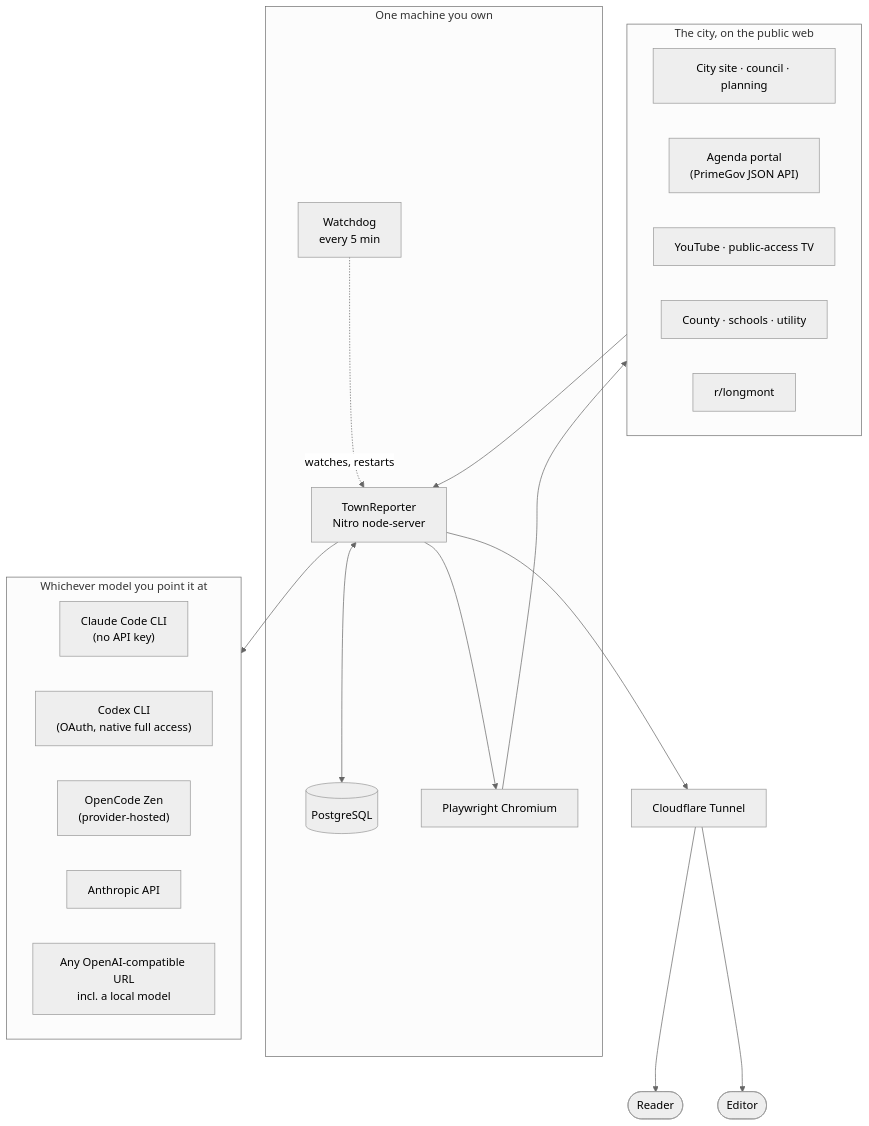
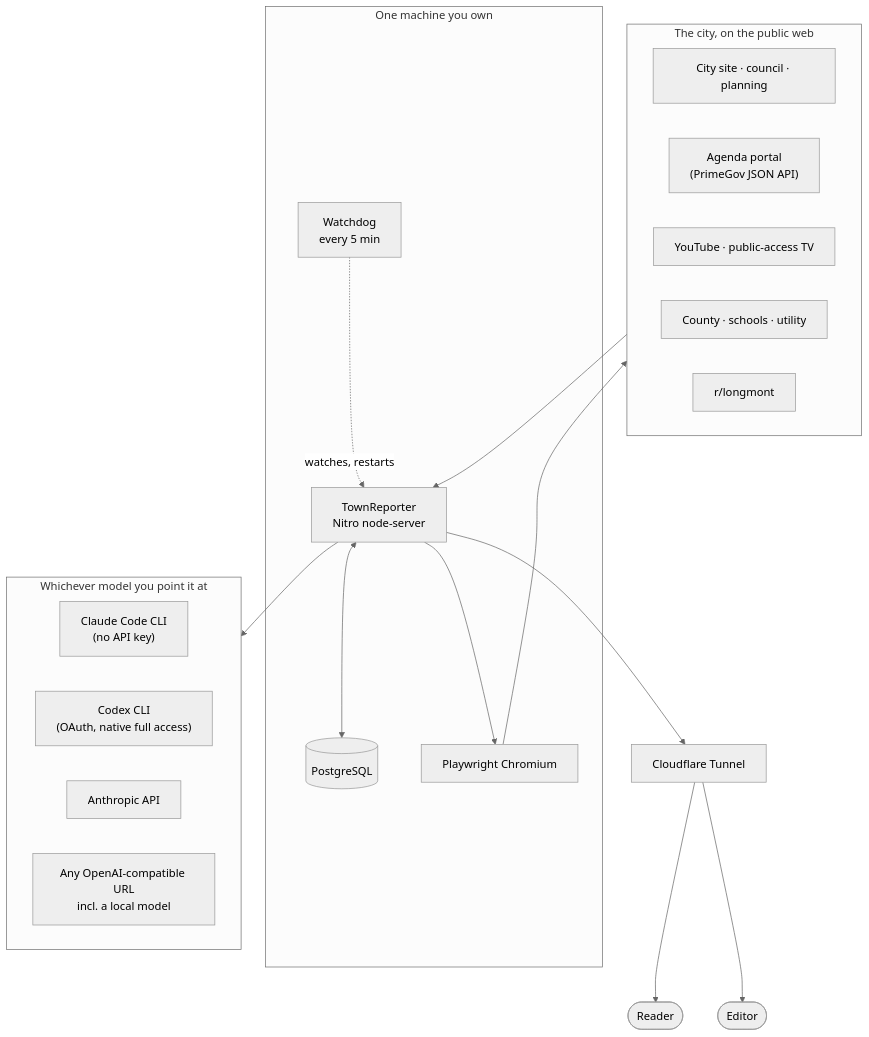
The first of 8 diagrams in docs/manual.md (scottconverse/TownReporter), drawn with Mermaid (neutral theme) before and after one commit. The commit also changed other lines of this file and 20 other files, not shown here.

````diff
--- a/docs/manual.md
+++ b/docs/manual.md
@@ -571,38 +573,37 @@
 ```mermaid
 flowchart TB
     subgraph outside["The city, on the public web"]
         CITY["City site · council · planning"]
         PORTAL["Agenda portal<br/>(PrimeGov JSON API)"]
         TAPE["YouTube · public-access TV"]
         COUNTY["County · schools · utility"]
         REDDIT["r/longmont"]
     end
 
     subgraph machine["One machine you own"]
         APP["TownReporter<br/>Nitro node-server"]
         DB[("PostgreSQL")]
         PW["Playwright Chromium"]
         WD["Watchdog<br/>every 5 min"]
     end
 
     subgraph models["Whichever model you point it at"]
         CC["Claude Code CLI<br/>(no API key)"]
         CX["Codex CLI<br/>(OAuth, native full access)"]
-        ZEN["OpenCode Zen<br/>(provider-hosted)"]
         API["Anthropic API"]
         OAI["Any OpenAI-compatible URL<br/>incl. a local model"]
     end
 
     READER(["Reader"])
     EDITOR(["Editor"])
 
     outside --> APP
     APP <--> DB
     APP --> PW
     PW --> outside
     APP --> models
     WD -.watches, restarts.-> APP
     APP --> TUNNEL["Cloudflare Tunnel"]
     TUNNEL --> READER
     TUNNEL --> EDITOR
 ```
````
